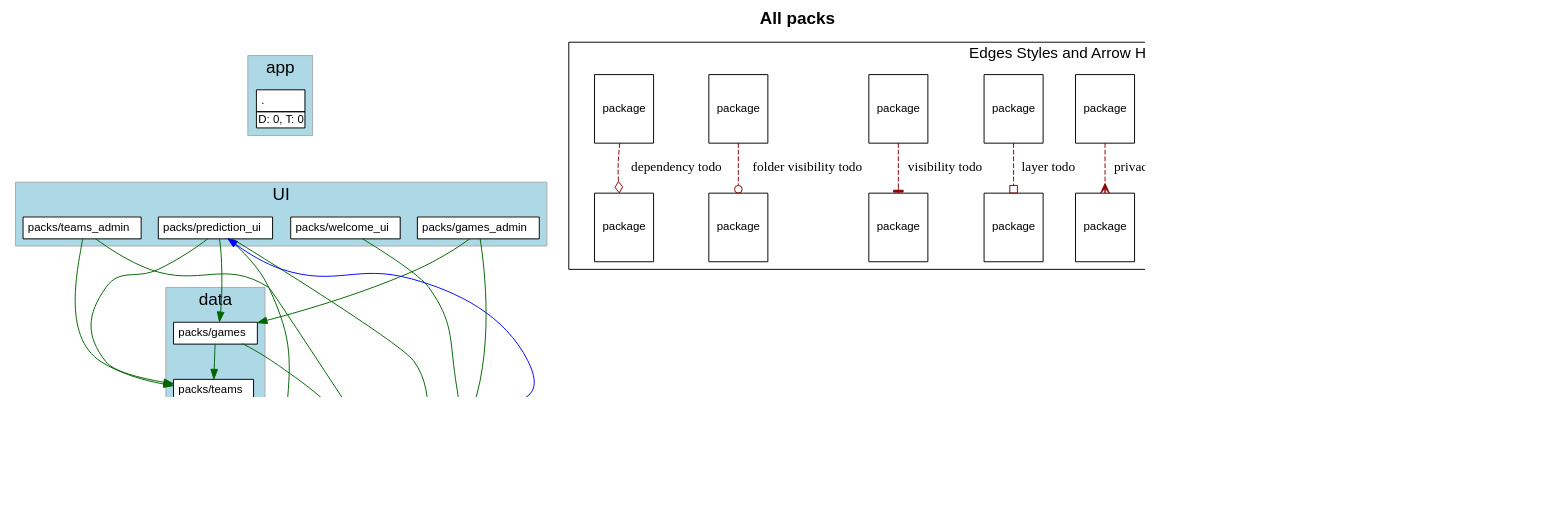
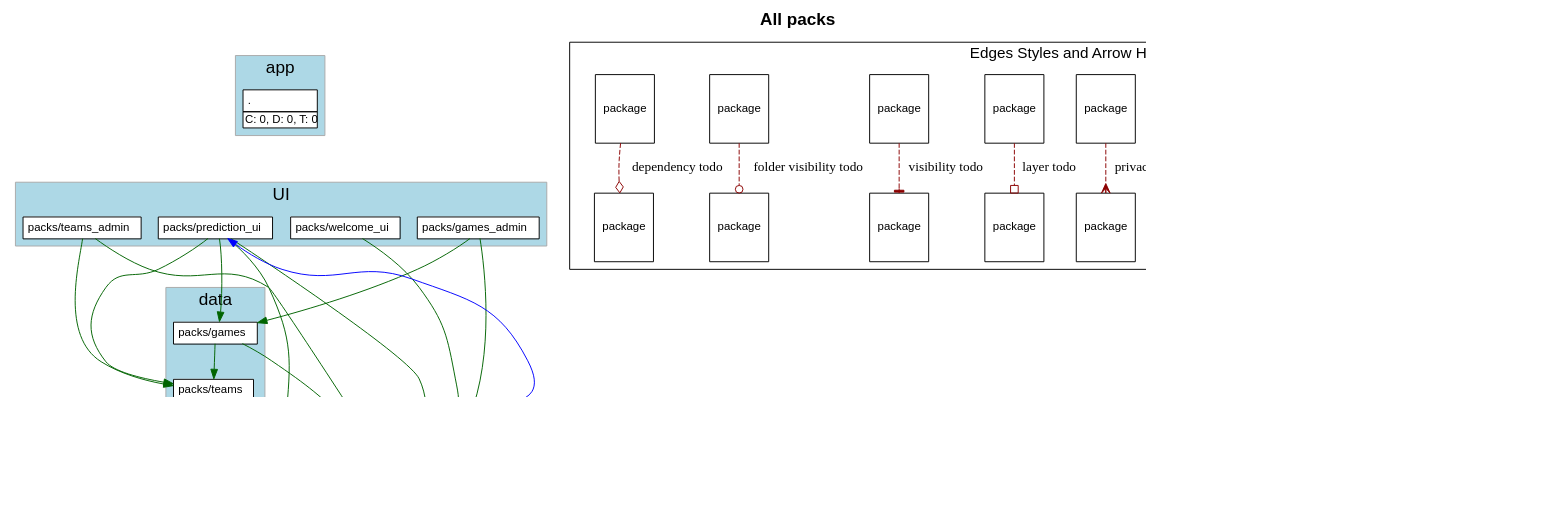
One commit to shageman/package-based-rails-applications changed the diagram in diagrams/all_packs.dot. Above: the diagram before and after it, drawn with Graphviz. The commit also changed 5 other files, not shown here.

```diff
--- a/diagrams/all_packs.dot
+++ b/diagrams/all_packs.dot
@@ -30,7 +30,7 @@
             label= <
                 <table border='0' cellborder='1' cellspacing='0' cellpadding='4'>
                   <tr> <td align='left'> . </td> </tr>
-                  <tr><td CELLPADDING='1' ALIGN='RIGHT'>D: 0, T: 0</td></tr>
+                  <tr><td CELLPADDING='1' ALIGN='RIGHT'>C: 0, D: 0, T: 0</td></tr>
                 </table>
               >
           ]
```
